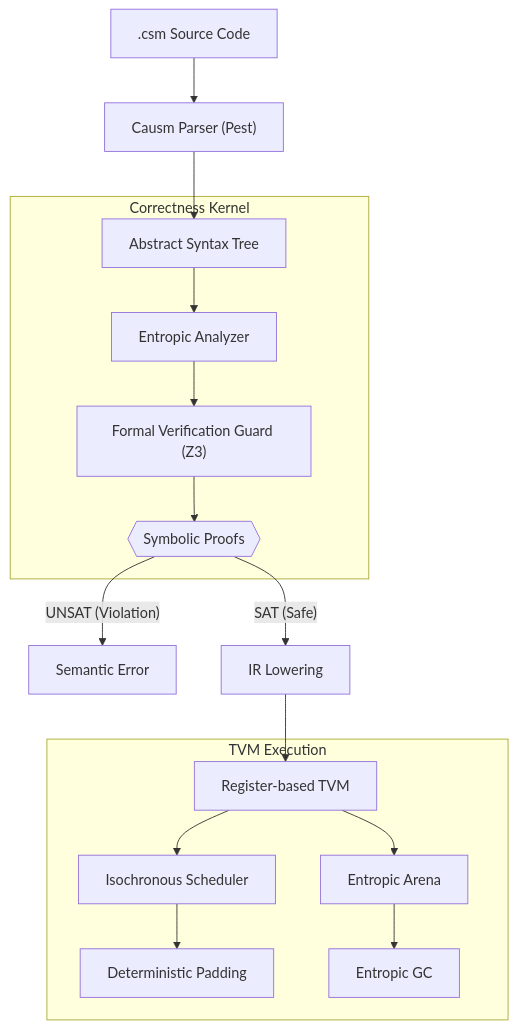
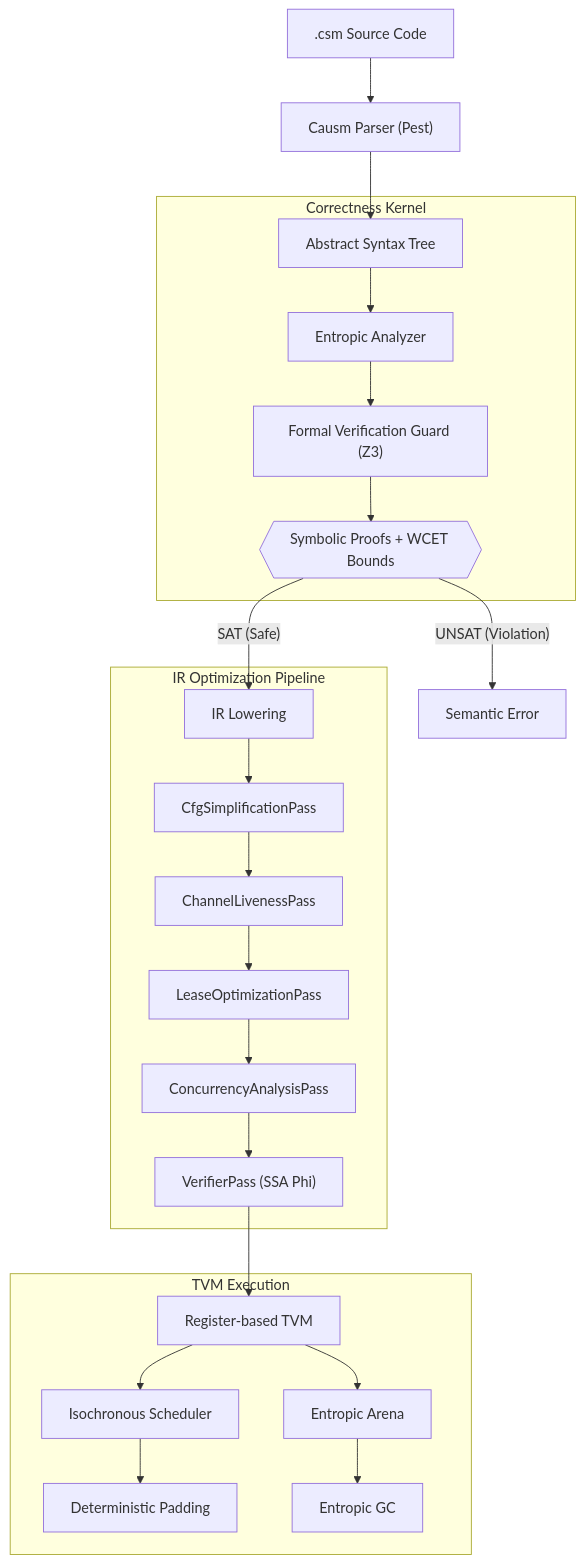
The diagram in README.md (SSL-ACTX/Causm), drawn with Mermaid before and after one commit. The commit also changed other lines of this file and 37 other files, not shown here.

````diff
--- a/README.md
+++ b/README.md
@@ -44,23 +44,31 @@
 ```mermaid
 graph TD
     Source[".csm Source Code"] --> Parser["Causm Parser (Pest)"]
     Parser --> AST["Abstract Syntax Tree"]
-    
+
     subgraph "Correctness Kernel"
         AST --> Analyzer["Entropic Analyzer"]
         Analyzer --> Z3Guard["Formal Verification Guard (Z3)"]
-        Z3Guard --> Proofs{{"Symbolic Proofs"}}
+        Z3Guard --> Proofs{{"Symbolic Proofs + WCET Bounds"}}
     end
-    
+
     Proofs -- "UNSAT (Violation)" --> Error["Semantic Error"]
     Proofs -- "SAT (Safe)" --> Lowering["IR Lowering"]
-    
-    Lowering --> TVM["Register-based TVM"]
-    
+
+    subgraph "IR Optimization Pipeline"
+        Lowering --> CfgSimp["CfgSimplificationPass"]
+        CfgSimp --> ChanLive["ChannelLivenessPass"]
+        ChanLive --> LeaseOpt["LeaseOptimizationPass"]
+        LeaseOpt --> ConcurAn["ConcurrencyAnalysisPass"]
+        ConcurAn --> Verifier["VerifierPass (SSA Phi)"]
+    end
+
+    Verifier --> TVM["Register-based TVM"]
+
     subgraph "TVM Execution"
         TVM --> Sched["Isochronous Scheduler"]
         TVM --> Arena["Entropic Arena"]
         Sched --> Padding["Deterministic Padding"]
         Arena --> EGC["Entropic GC"]
     end
 ```
````
